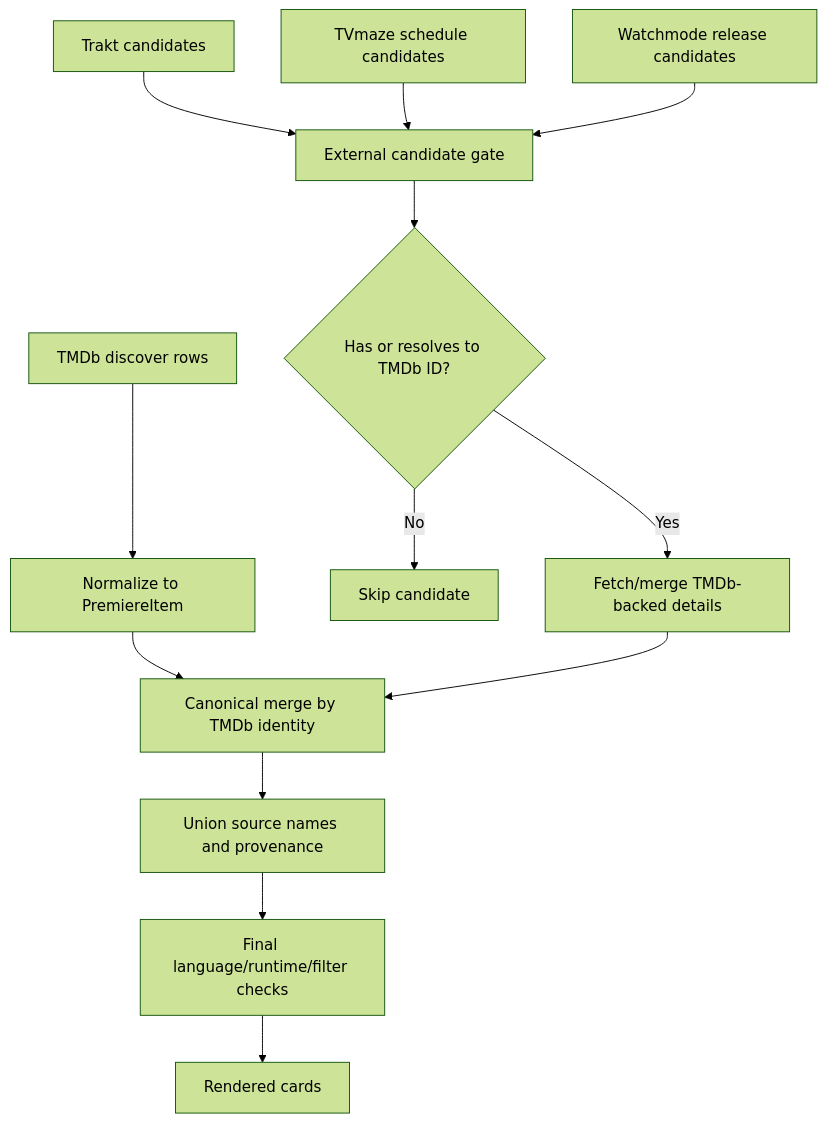
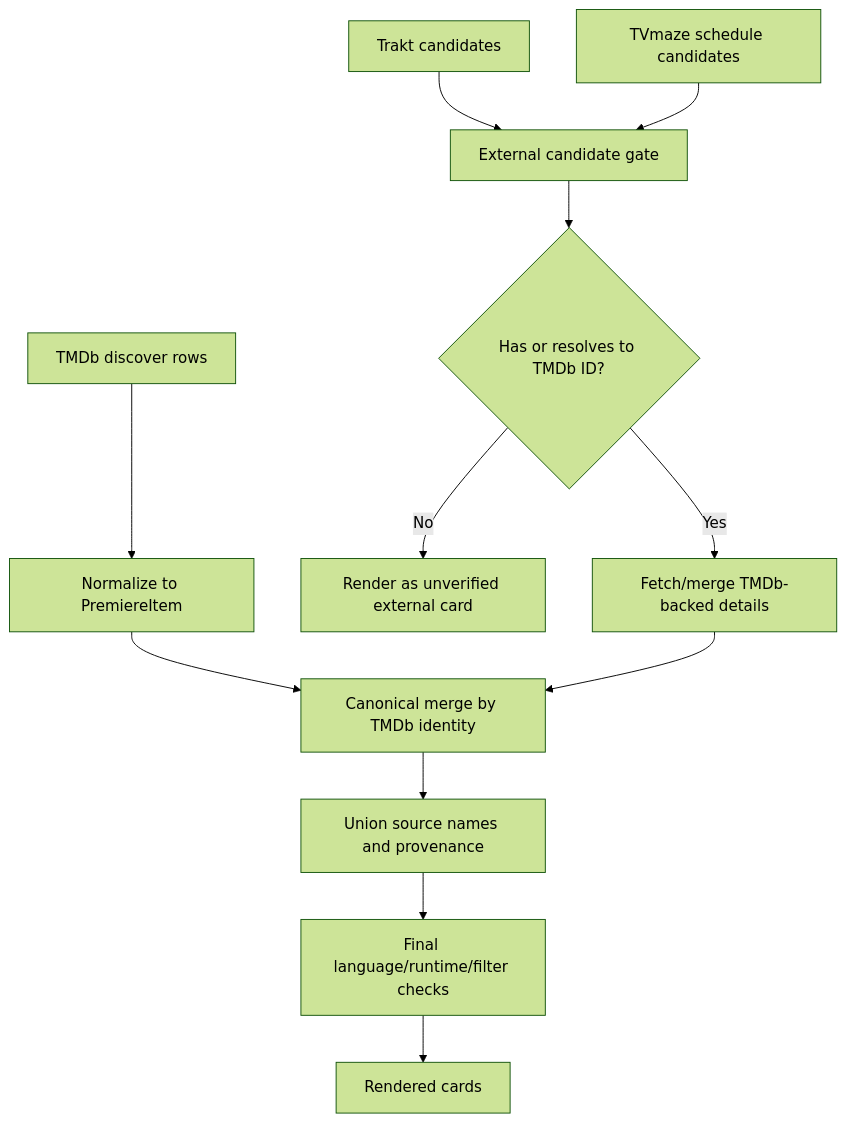
Before and after one commit to Belgian-Coder/PremiereCalendar: the second of 4 diagrams in docs/Troubleshooting.md, drawn with Mermaid (forest theme). The commit also changed other lines of this file and 36 other files, not shown here.

Commit message:
Improve external candidate handling and provider diagnostics

````diff
--- a/docs/Troubleshooting.md
+++ b/docs/Troubleshooting.md
@@ -48,15 +48,14 @@
 ```mermaid
 flowchart TD
     Tmdb["TMDb discover rows"] --> Normalize["Normalize to PremiereItem"]
     Trakt["Trakt candidates"] --> Candidate["External candidate gate"]
     Tvmaze["TVmaze schedule candidates"] --> Candidate
-    Watchmode["Watchmode release candidates"] --> Candidate
     Candidate --> HasId{"Has or resolves to TMDb ID?"}
-    HasId -- "No" --> Skip["Skip candidate"]
+    HasId -- "No" --> Unverified["Render as unverified external card"]
     HasId -- "Yes" --> Map["Fetch/merge TMDb-backed details"]
     Normalize --> Merge["Canonical merge by TMDb identity"]
     Map --> Merge
     Merge --> Union["Union source names and provenance"]
     Union --> Filter["Final language/runtime/filter checks"]
     Filter --> Cards["Rendered cards"]
 ```
````
